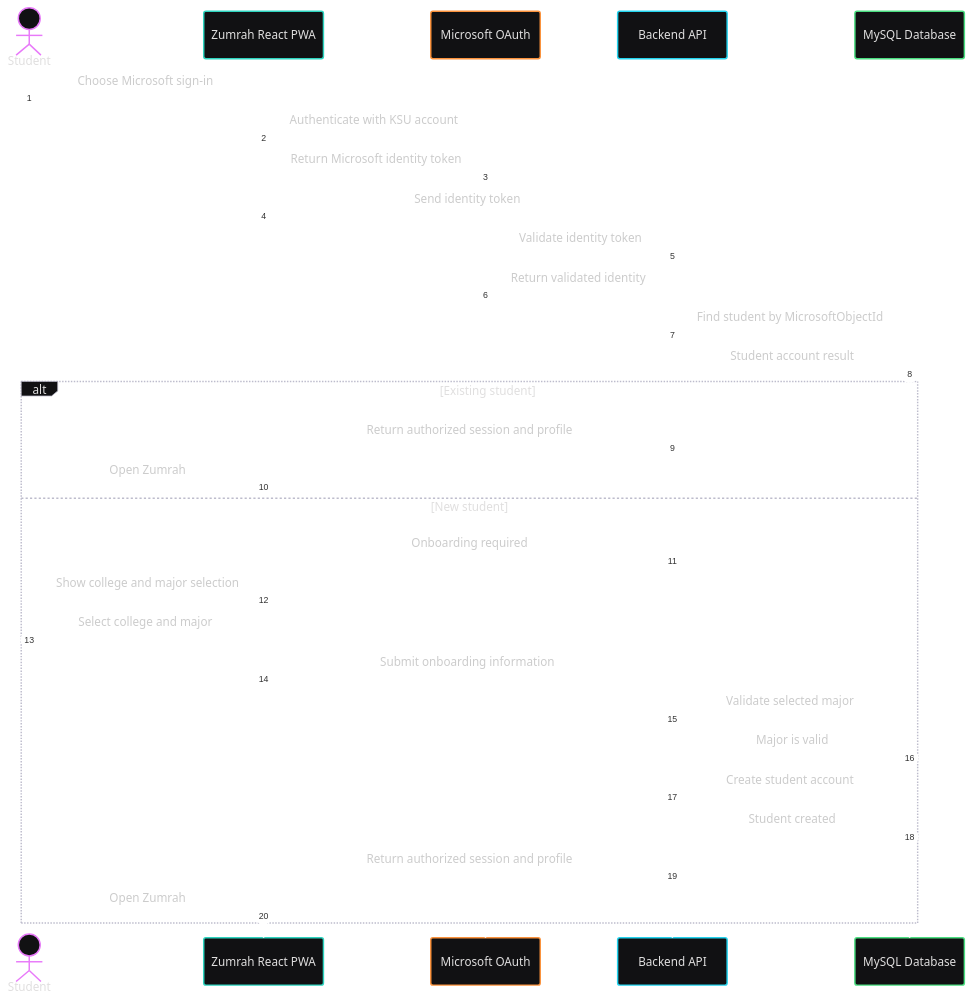
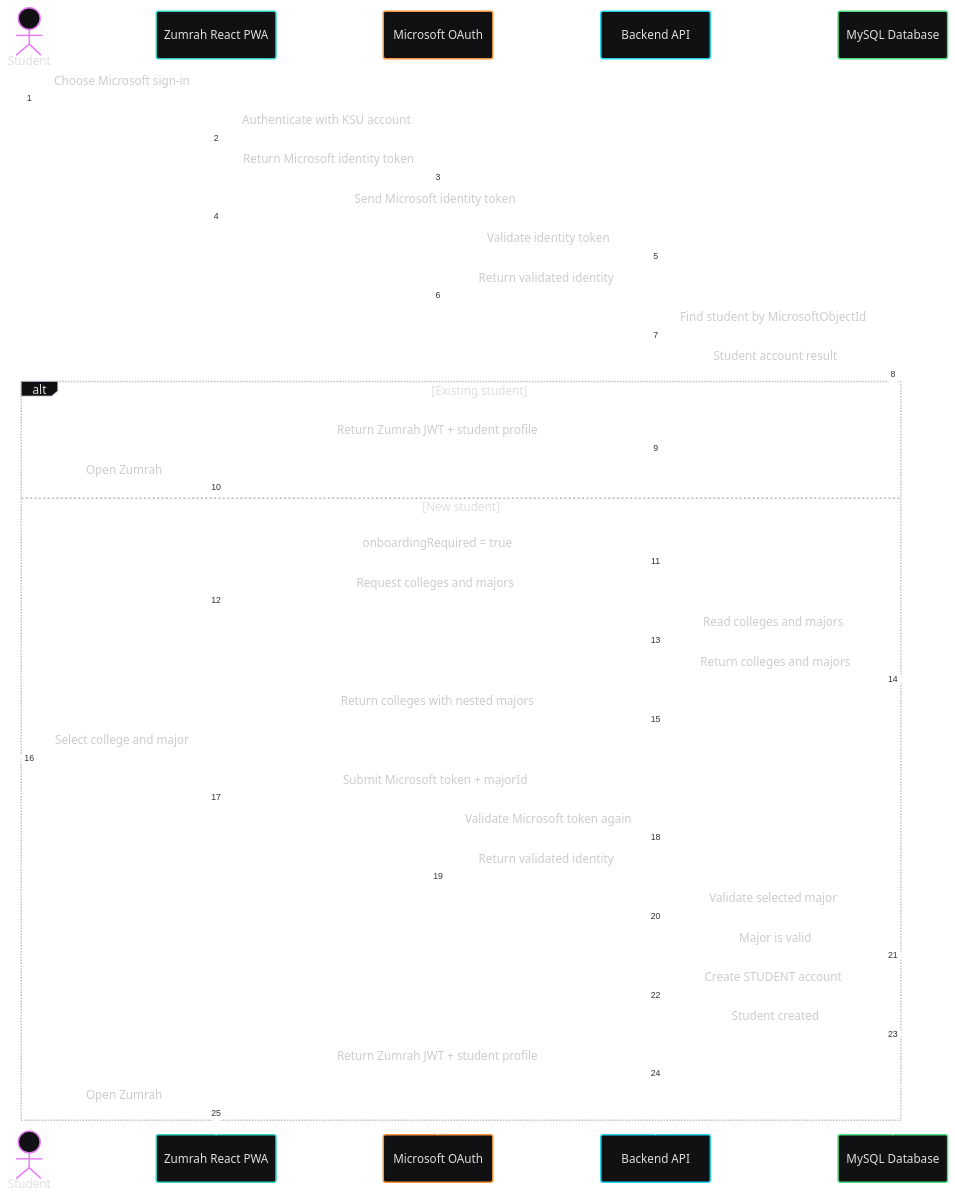
The first of 3 diagrams in Sequence_Diagrams.md (brdga4/Zumrah), drawn with Mermaid before and after one commit. The commit also changed 1 other file, not shown here.

Commit message:
Update Sequence Diagram for Login

````diff
--- a/Sequence_Diagrams.md
+++ b/Sequence_Diagrams.md
@@ -10,45 +10,53 @@
 ```mermaid
 ---
 config:
   theme: redux-dark-color
 ---
 sequenceDiagram
     autonumber
 
     actor Student
     participant PWA as Zumrah React PWA
     participant Microsoft as Microsoft OAuth
     participant API as Backend API
     participant DB as MySQL Database
 
     Student->>PWA: Choose Microsoft sign-in
     PWA->>Microsoft: Authenticate with KSU account
     Microsoft-->>PWA: Return Microsoft identity token
 
-    PWA->>API: Send identity token
+    PWA->>API: Send Microsoft identity token
     API->>Microsoft: Validate identity token
     Microsoft-->>API: Return validated identity
 
     API->>DB: Find student by MicrosoftObjectId
     DB-->>API: Student account result
 
     alt Existing student
-        API-->>PWA: Return authorized session and profile
+        API-->>PWA: Return Zumrah JWT + student profile
         PWA-->>Student: Open Zumrah
+
     else New student
-        API-->>PWA: Onboarding required
-        PWA-->>Student: Show college and major selection
+        API-->>PWA: onboardingRequired = true
+
+        PWA->>API: Request colleges and majors
+        API->>DB: Read colleges and majors
+        DB-->>API: Return colleges and majors
+        API-->>PWA: Return colleges with nested majors
 
         Student->>PWA: Select college and major
-        PWA->>API: Submit onboarding information
+        PWA->>API: Submit Microsoft token + majorId
+
+        API->>Microsoft: Validate Microsoft token again
+        Microsoft-->>API: Return validated identity
 
         API->>DB: Validate selected major
         DB-->>API: Major is valid
 
-        API->>DB: Create student account
+        API->>DB: Create STUDENT account
         DB-->>API: Student created
 
-        API-->>PWA: Return authorized session and profile
+        API-->>PWA: Return Zumrah JWT + student profile
         PWA-->>Student: Open Zumrah
     end
 ```
````
